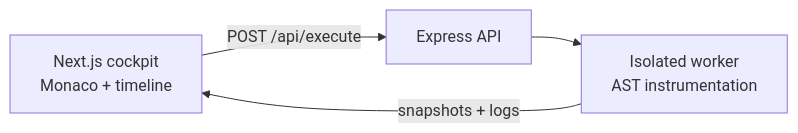
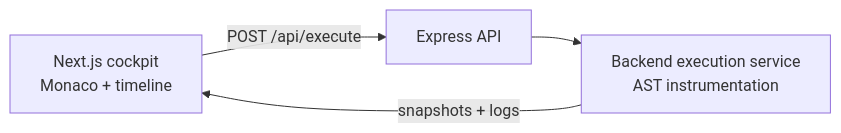
Before and after one commit to kauntiaakash2/CodeFlowViz-2.0: the diagram in README.md, drawn with Mermaid. The commit also changed other lines of this file and 2 other files, not shown here.

Commit message:
docs: clarify execution safety wording and deployment guidance

````diff
--- a/README.md
+++ b/README.md
@@ -56,6 +56,6 @@
 ```mermaid
 flowchart LR
     UI["Next.js cockpit<br/>Monaco + timeline"] -->|POST /api/execute| API["Express API"]
-    API --> WORKER["Isolated worker<br/>AST instrumentation"]
+    API --> WORKER["Backend execution service<br/>AST instrumentation"]
     WORKER -->|snapshots + logs| UI
 ```
````
